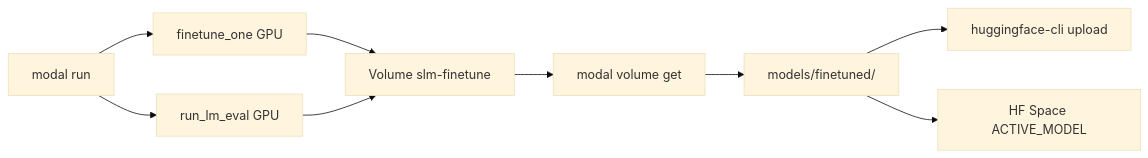
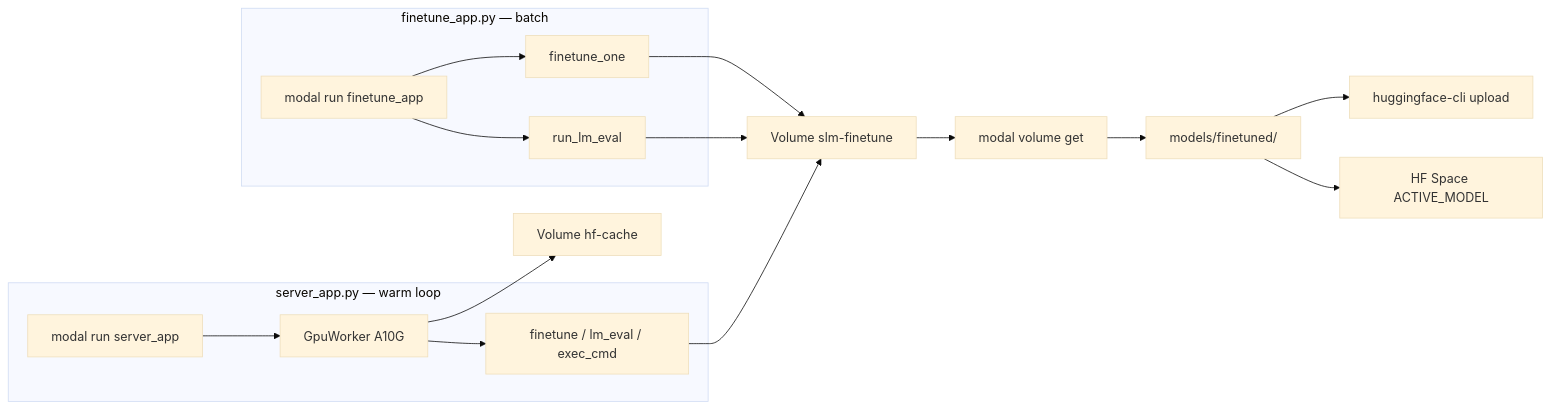
One commit to MSghais/small-model-hackathon changed the diagram in research/modal/README.md. Above: the diagram before and after it, drawn with Mermaid (base theme). The commit also changed other lines of this file and 2 other files, not shown here.

Commit message:
docs gpu server

````diff
--- a/research/modal/README.md
+++ b/research/modal/README.md
@@ -433,11 +564,19 @@
 ```mermaid
 flowchart LR
-  laptop["modal run"] --> train["finetune_one GPU"]
-  laptop --> eval["run_lm_eval GPU"]
+  subgraph batch [finetune_app.py — batch]
+    laptop1["modal run finetune_app"] --> train["finetune_one"]
+    laptop1 --> eval["run_lm_eval"]
+  end
+  subgraph worker [server_app.py — warm loop]
+    laptop2["modal run server_app"] --> gpu["GpuWorker A10G"]
+    gpu --> train2["finetune / lm_eval / exec_cmd"]
+  end
   train --> vol["Volume slm-finetune"]
   eval --> vol
+  train2 --> vol
+  gpu --> hfc["Volume hf-cache"]
   vol --> get["modal volume get"]
   get --> local["models/finetuned/"]
   local --> hub["huggingface-cli upload"]
   local --> space["HF Space ACTIVE_MODEL"]
 ```
````
